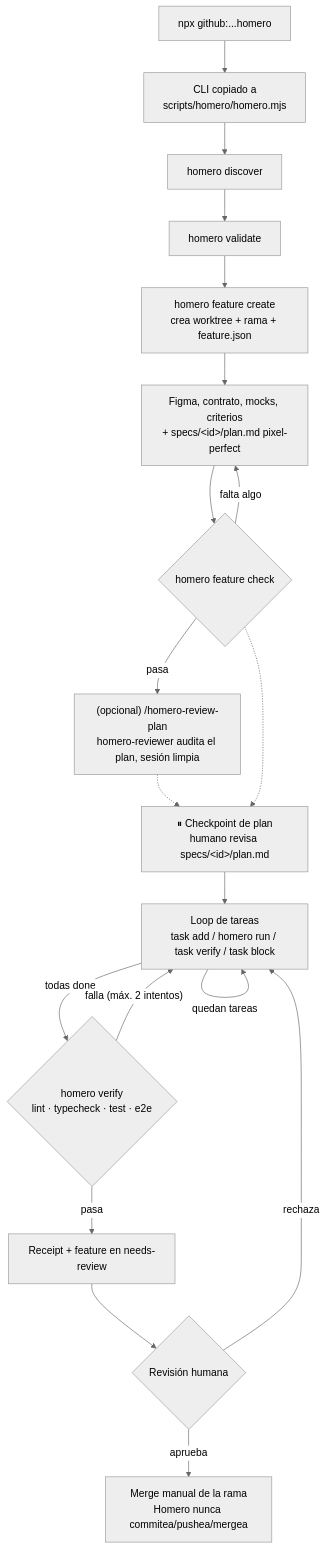
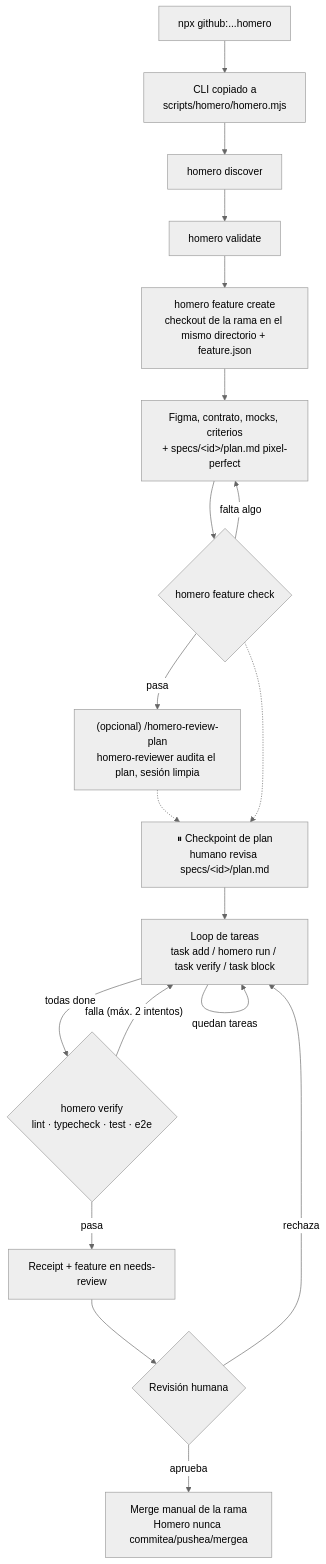
One commit to DanielRamosValenzuela/homero changed the first of 3 diagrams in docs/usage.md. Above: the diagram before and after it, drawn with Mermaid (neutral theme). The commit also changed other lines of this file and 18 other files, not shown here.

First line of the commit message:
refactor: eliminate git worktree usage in self-test and streamline feature creation

````diff
--- a/docs/usage.md
+++ b/docs/usage.md
@@ -15,21 +15,21 @@
 ```mermaid
 flowchart TD
     A["npx github:...homero"] --> B["CLI copiado a<br/>scripts/homero/homero.mjs"]
     B --> C["homero discover"]
     C --> D["homero validate"]
-    D --> E["homero feature create<br/>crea worktree + rama + feature.json"]
+    D --> E["homero feature create<br/>checkout de la rama en el mismo directorio + feature.json"]
     E --> F["Figma, contrato, mocks, criterios<br/>+ specs/&lt;id&gt;/plan.md pixel-perfect"]
     F --> G{"homero feature check"}
     G -- "falta algo" --> F
     G -- "pasa" --> RP["(opcional) /homero-review-plan<br/>homero-reviewer audita el plan, sesión limpia"]
     RP -.-> P
     G -.-> P["⏸ Checkpoint de plan<br/>humano revisa specs/&lt;id&gt;/plan.md"]
     P --> H["Loop de tareas<br/>task add / homero run / task verify / task block"]
     H -- "quedan tareas" --> H
     H -- "todas done" --> I{"homero verify<br/>lint · typecheck · test · e2e"}
     I -- "falla (máx. 2 intentos)" --> H
     I -- "pasa" --> J["Receipt + feature en needs-review"]
     J --> K{"Revisión humana"}
     K -- "rechaza" --> H
     K -- "aprueba" --> L["Merge manual de la rama<br/>Homero nunca commitea/pushea/mergea"]
 ```
````
